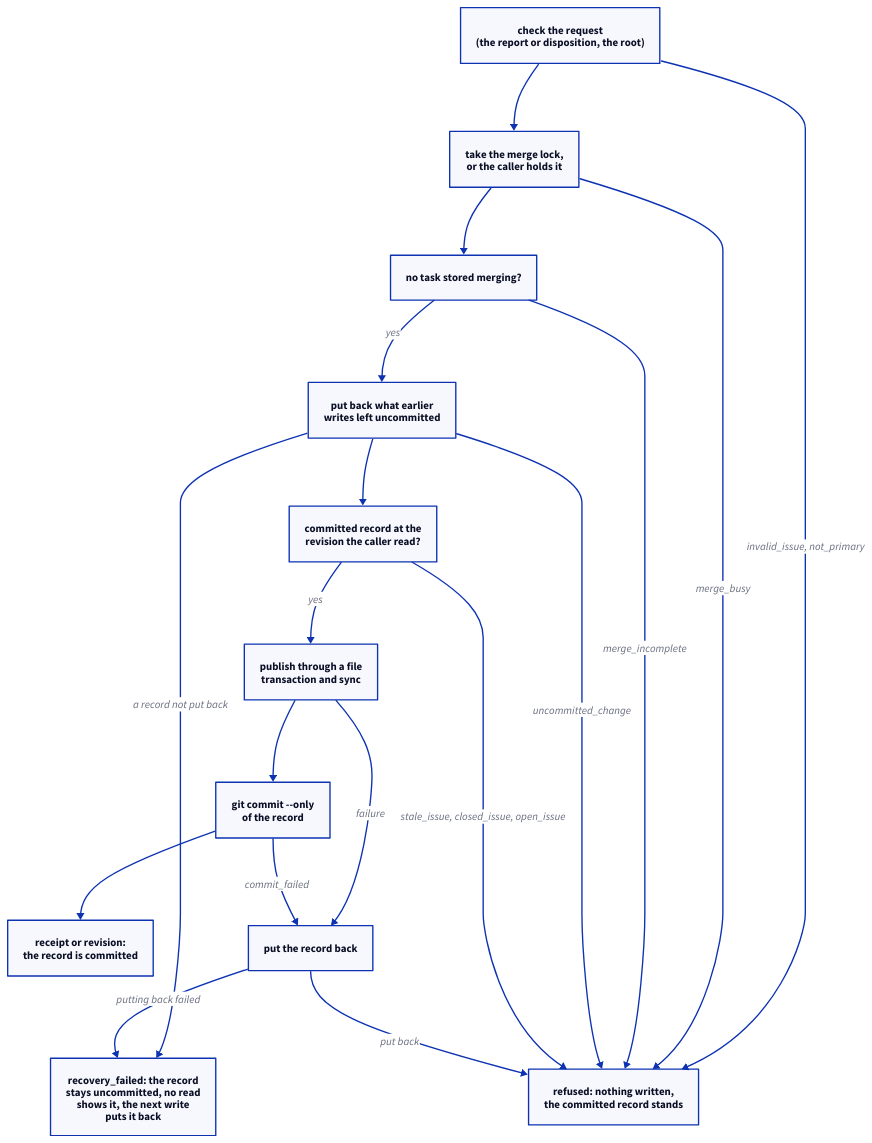
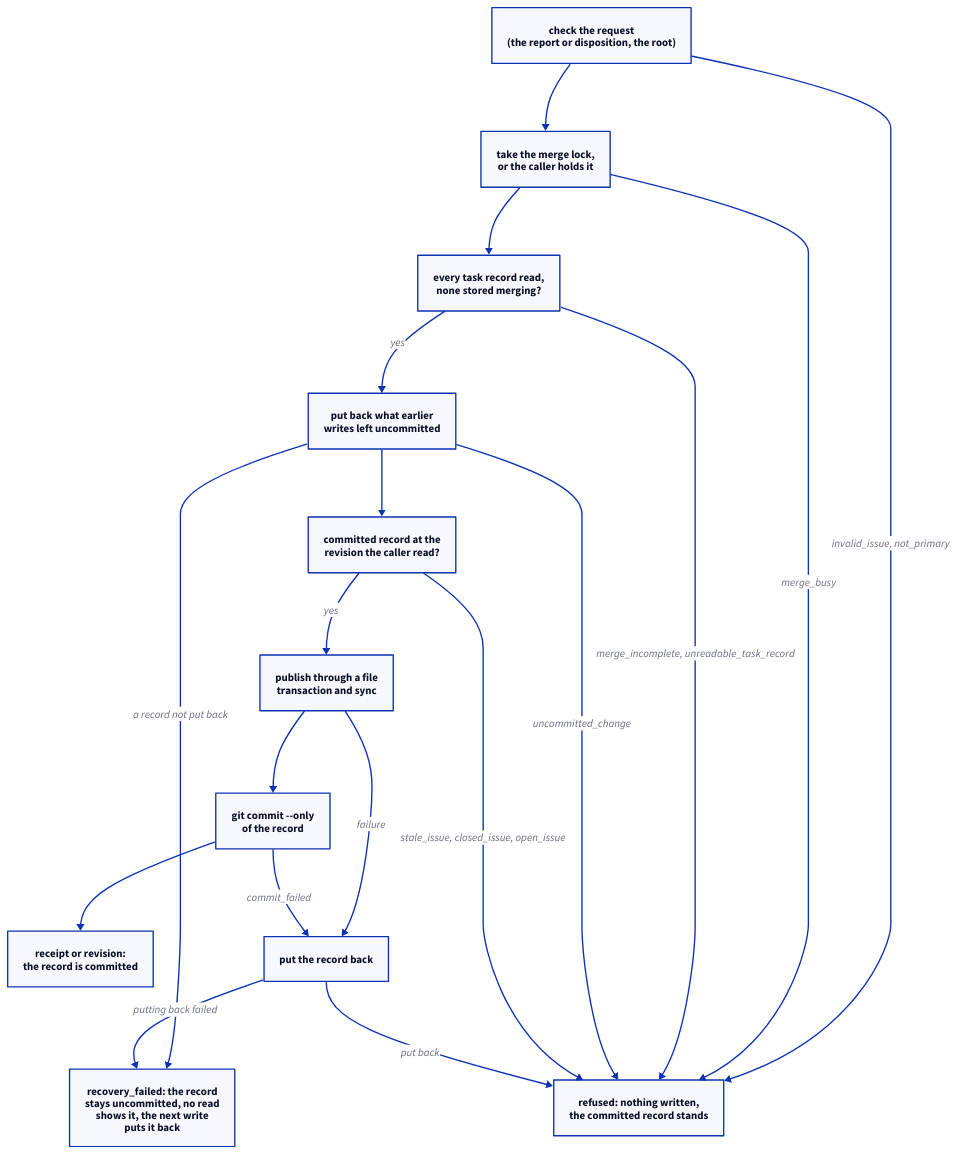
Before and after one commit to FTOD/concorde: the sixth of 6 diagrams in specs/concorde/issues/module.md, drawn with D2. The commit also changed other lines of this file and 11 other files, not shown here.

````diff
--- a/specs/concorde/issues/module.md
+++ b/specs/concorde/issues/module.md
@@ -500,31 +528,31 @@
 ```d2 illustrative
 direction: down
 check: "check the request\n(the report or disposition, the root)"
 lock: "take the merge lock,\nor the caller holds it"
-merge: "no task stored merging?"
+merge: "every task record read,\nnone stored merging?"
 recover: "put back what earlier\nwrites left uncommitted"
 revision: "committed record at the\nrevision the caller read?"
 publish: "publish through a file\ntransaction and sync"
 commit: "git commit --only\nof the record"
 done: "receipt or revision:\nthe record is committed"
 putback: "put the record back"
 refused: "refused: nothing written,\nthe committed record stands"
 failed: "recovery_failed: the record\nstays uncommitted, no read\nshows it, the next write\nputs it back"
 check -> lock
 lock -> merge
 merge -> recover: yes
 recover -> revision
 revision -> publish: yes
 publish -> commit
 commit -> done
 check -> refused: invalid_issue, not_primary
 lock -> refused: merge_busy
-merge -> refused: merge_incomplete
+merge -> refused: merge_incomplete, unreadable_task_record
 recover -> refused: uncommitted_change
 recover -> failed: a record not put back
 revision -> refused: stale_issue, closed_issue, open_issue
 publish -> putback: failure
 commit -> putback: commit_failed
 putback -> refused: put back
 putback -> failed: putting back failed
 ```
````
